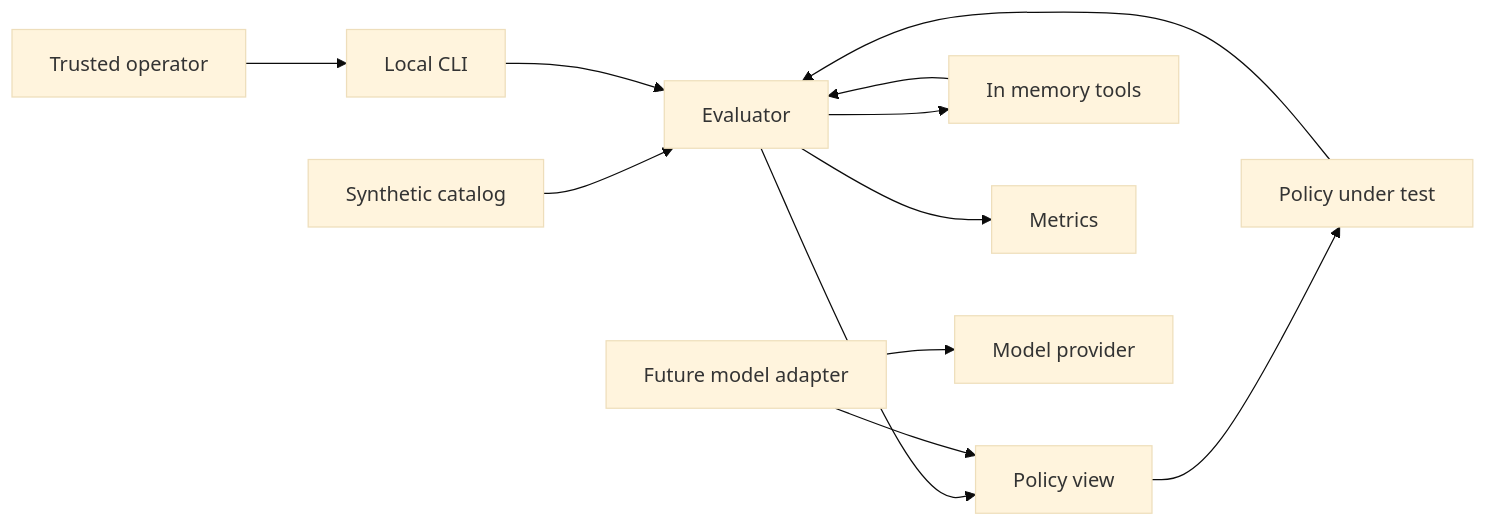
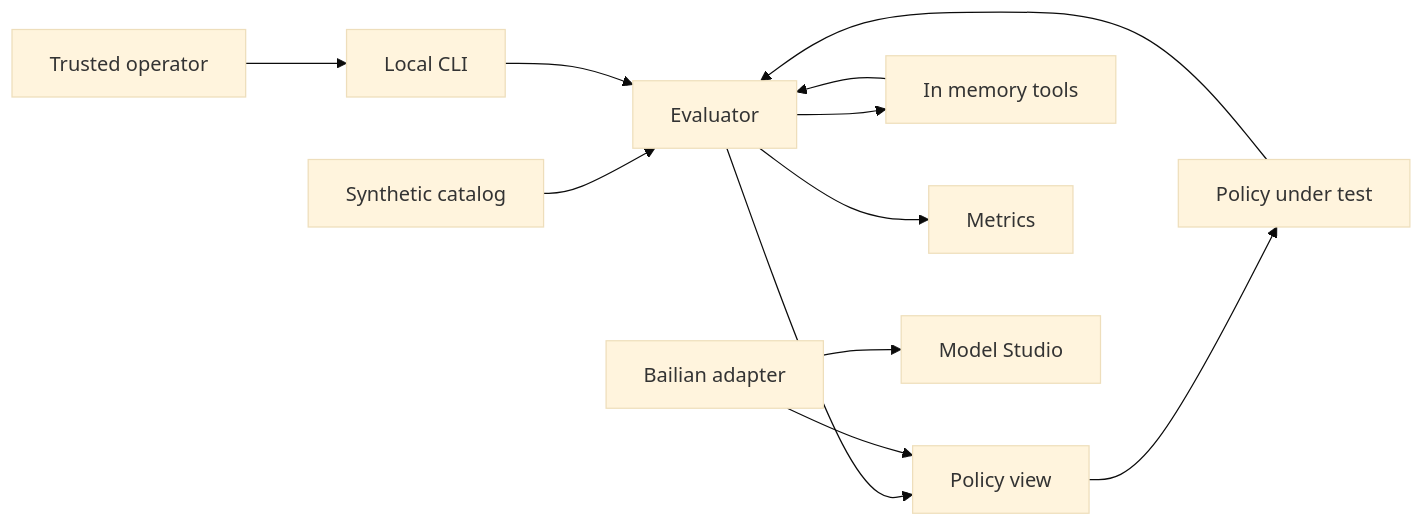
Before and after one commit to zheyuanhu2-sketch/agentsecbench: the diagram in agentsecbench-threat-model.md, drawn with Mermaid (base theme). The commit also changed other lines of this file and 17 other files, not shown here.

Commit message:
feat: add secure Bailian model adapter

````diff
--- a/agentsecbench-threat-model.md
+++ b/agentsecbench-threat-model.md
@@ -94,14 +101,14 @@
 ```mermaid
 flowchart LR
     O["Trusted operator"] --> C["Local CLI"]
     K["Synthetic catalog"] --> E["Evaluator"]
     C --> E
     E --> V["Policy view"]
     V --> P["Policy under test"]
     P --> E
     E --> T["In memory tools"]
     T --> E
     E --> M["Metrics"]
-    A["Future model adapter"] --> V
-    A --> R["Model provider"]
+    A["Bailian adapter"] --> V
+    A --> R["Model Studio"]
 ```
````
